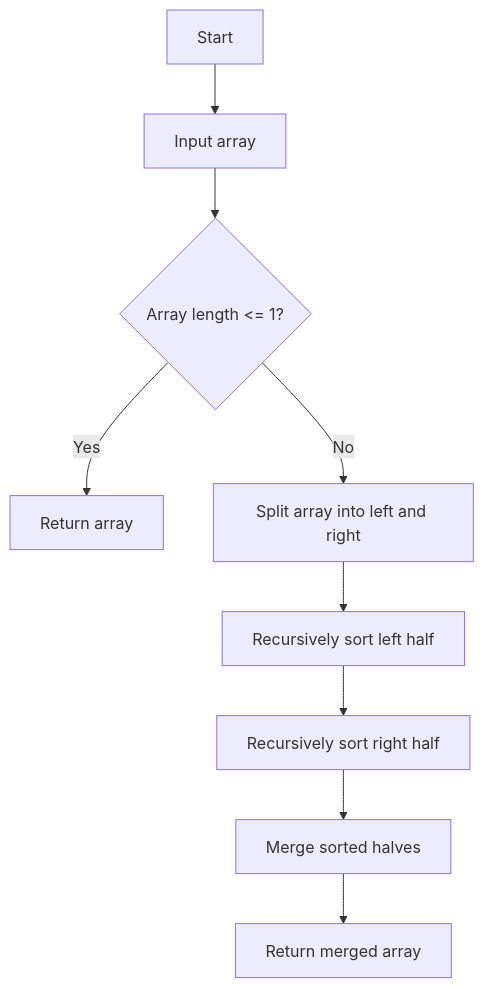
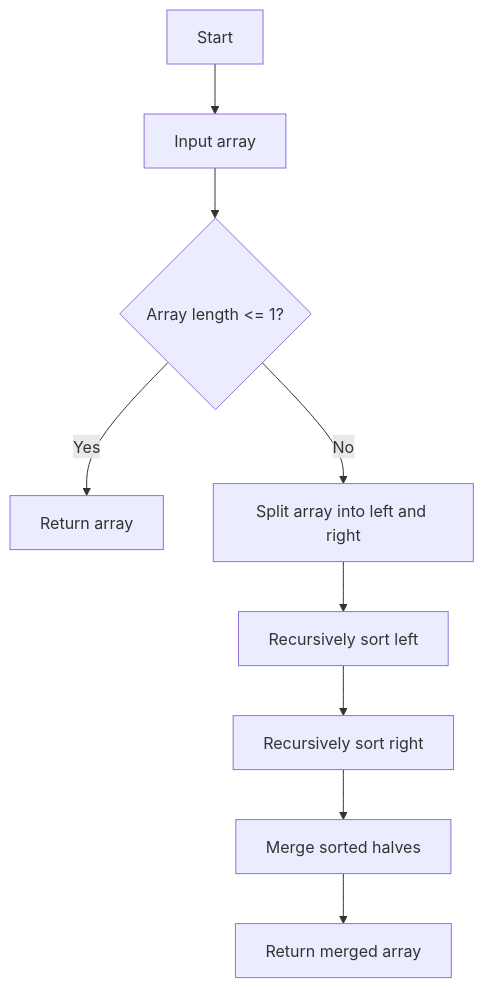
Before and after one commit to brovy23-GD/Rovy_Assignement_7_2: the second of 4 diagrams in README.md, drawn with Mermaid. The commit also changed other lines of this file, not shown here.

````diff
--- a/README.md
+++ b/README.md
@@ -5,11 +127,11 @@
 ```mermaid
 flowchart TD
     A[Start] --> B[Input array]
     B --> C{Array length <= 1?}
     C -->|Yes| D[Return array]
     C -->|No| E[Split array into left and right]
-    E --> F[Recursively sort left half]
-    F --> G[Recursively sort right half]
+    E --> F[Recursively sort left]
+    F --> G[Recursively sort right]
     G --> H[Merge sorted halves]
     H --> I[Return merged array]
 ```
````
